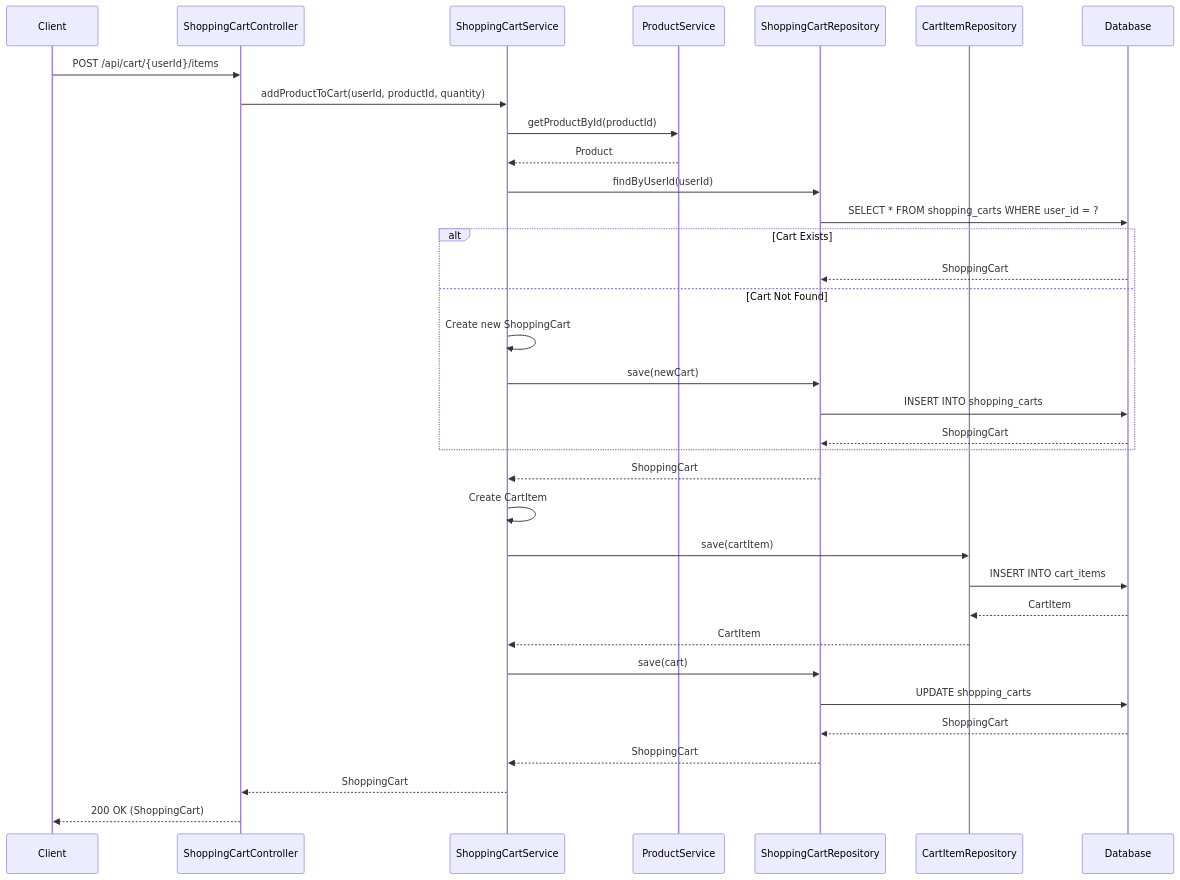
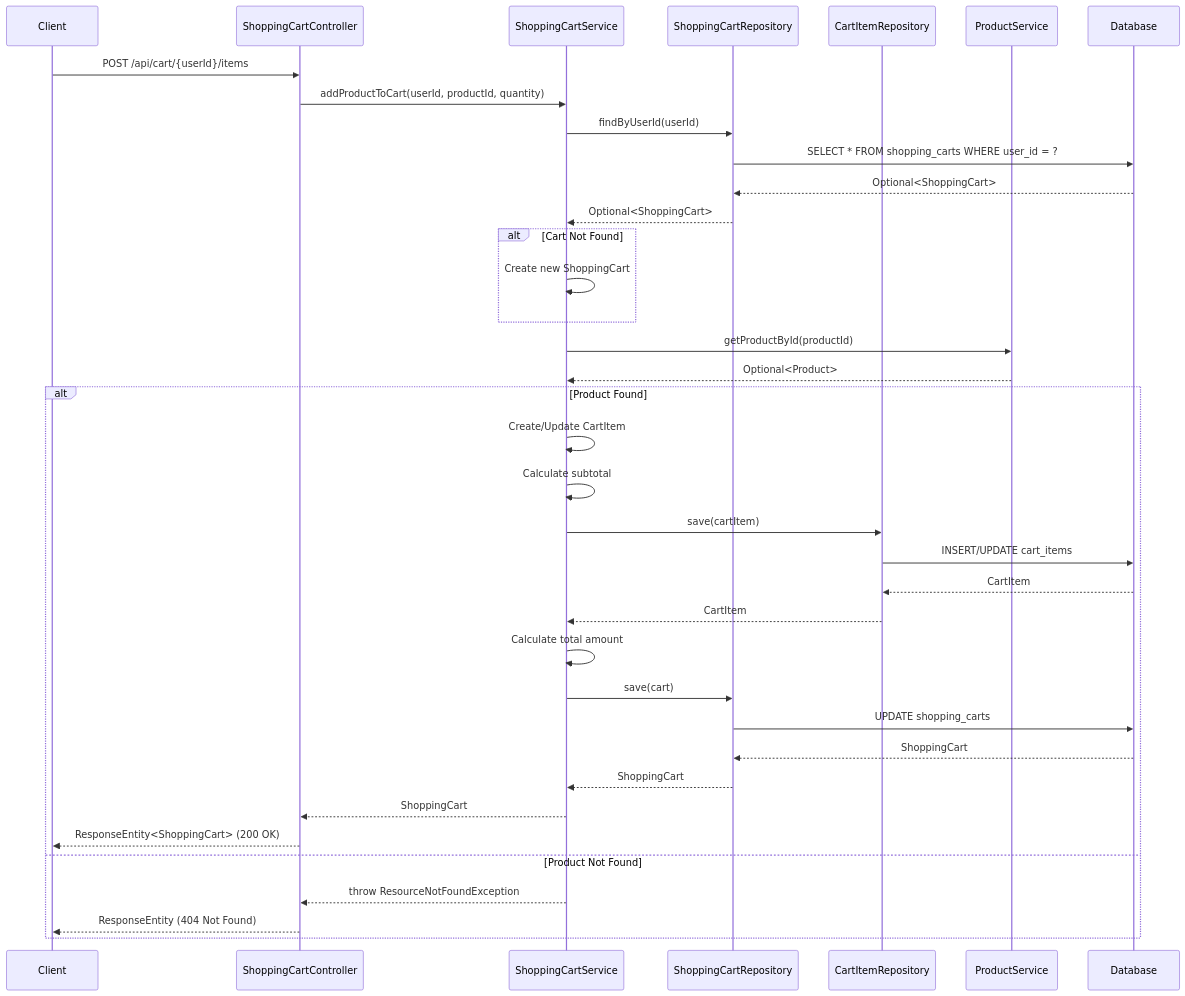
One commit to NavneetBN47/aava-ecom-demo changed the tenth of 13 diagrams in docs/LLD/modified_lld.md. Above: the diagram before and after it, drawn with Mermaid. The commit also changed other lines of this file, not shown here.

````diff
--- a/docs/LLD/modified_lld.md
+++ b/docs/LLD/modified_lld.md
@@ -366,40 +385,43 @@
 ```mermaid
 sequenceDiagram
     participant Client
     participant ShoppingCartController
     participant ShoppingCartService
-    participant ProductService
     participant ShoppingCartRepository
     participant CartItemRepository
+    participant ProductService
     participant Database
 
     Client->>ShoppingCartController: POST /api/cart/{userId}/items
     ShoppingCartController->>ShoppingCartService: addProductToCart(userId, productId, quantity)
-    ShoppingCartService->>ProductService: getProductById(productId)
-    ProductService-->>ShoppingCartService: Product
-    
     ShoppingCartService->>ShoppingCartRepository: findByUserId(userId)
     ShoppingCartRepository->>Database: SELECT * FROM shopping_carts WHERE user_id = ?
+    Database-->>ShoppingCartRepository: Optional<ShoppingCart>
+    ShoppingCartRepository-->>ShoppingCartService: Optional<ShoppingCart>
     
-    alt Cart Exists
-        Database-->>ShoppingCartRepository: ShoppingCart
-    else Cart Not Found
+    alt Cart Not Found
         ShoppingCartService->>ShoppingCartService: Create new ShoppingCart
-        ShoppingCartService->>ShoppingCartRepository: save(newCart)
-        ShoppingCartRepository->>Database: INSERT INTO shopping_carts
-        Database-->>ShoppingCartRepository: ShoppingCart
     end
     
-    ShoppingCartRepository-->>ShoppingCartService: ShoppingCart
-    ShoppingCartService->>ShoppingCartService: Create CartItem
-    ShoppingCartService->>CartItemRepository: save(cartItem)
-    CartItemRepository->>Database: INSERT INTO cart_items
-    Database-->>CartItemRepository: CartItem
-    CartItemRepository-->>ShoppingCartService: CartItem
-    ShoppingCartService->>ShoppingCartRepository: save(cart)
-    ShoppingCartRepository->>Database: UPDATE shopping_carts
-    Database-->>ShoppingCartRepository: ShoppingCart
-    ShoppingCartRepository-->>ShoppingCartService: ShoppingCart
-    ShoppingCartService-->>ShoppingCartController: ShoppingCart
-    ShoppingCartController-->>Client: 200 OK (ShoppingCart)
+    ShoppingCartService->>ProductService: getProductById(productId)
+    ProductService-->>ShoppingCartService: Optional<Product>
+    
+    alt Product Found
+        ShoppingCartService->>ShoppingCartService: Create/Update CartItem
+        ShoppingCartService->>ShoppingCartService: Calculate subtotal
+        ShoppingCartService->>CartItemRepository: save(cartItem)
+        CartItemRepository->>Database: INSERT/UPDATE cart_items
+        Database-->>CartItemRepository: CartItem
+        CartItemRepository-->>ShoppingCartService: CartItem
+        ShoppingCartService->>ShoppingCartService: Calculate total amount
+        ShoppingCartService->>ShoppingCartRepository: save(cart)
+        ShoppingCartRepository->>Database: UPDATE shopping_carts
+        Database-->>ShoppingCartRepository: ShoppingCart
+        ShoppingCartRepository-->>ShoppingCartService: ShoppingCart
+        ShoppingCartService-->>ShoppingCartController: ShoppingCart
+        ShoppingCartController-->>Client: ResponseEntity<ShoppingCart> (200 OK)
+    else Product Not Found
+        ShoppingCartService-->>ShoppingCartController: throw ResourceNotFoundException
+        ShoppingCartController-->>Client: ResponseEntity (404 Not Found)
+    end
 ```
````
